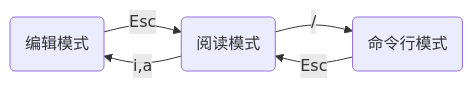
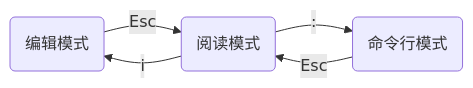
The diagram in docs/tools/vim.md (Explorer-Dong/wiki), drawn with Mermaid before and after one commit. The commit also changed other lines of this file, not shown here.

````diff
--- a/docs/tools/vim.md
+++ b/docs/tools/vim.md
@@ -12,10 +13,10 @@
 ```mermaid
 graph LR
     edit(编辑模式)
     read(阅读模式)
     command(命令行模式)
     edit --Esc--> read
-    read --i,a--> edit
-    read --/--> command
+    read --i--> edit
+    read --:--> command
     command --Esc--> read
 ```
````
